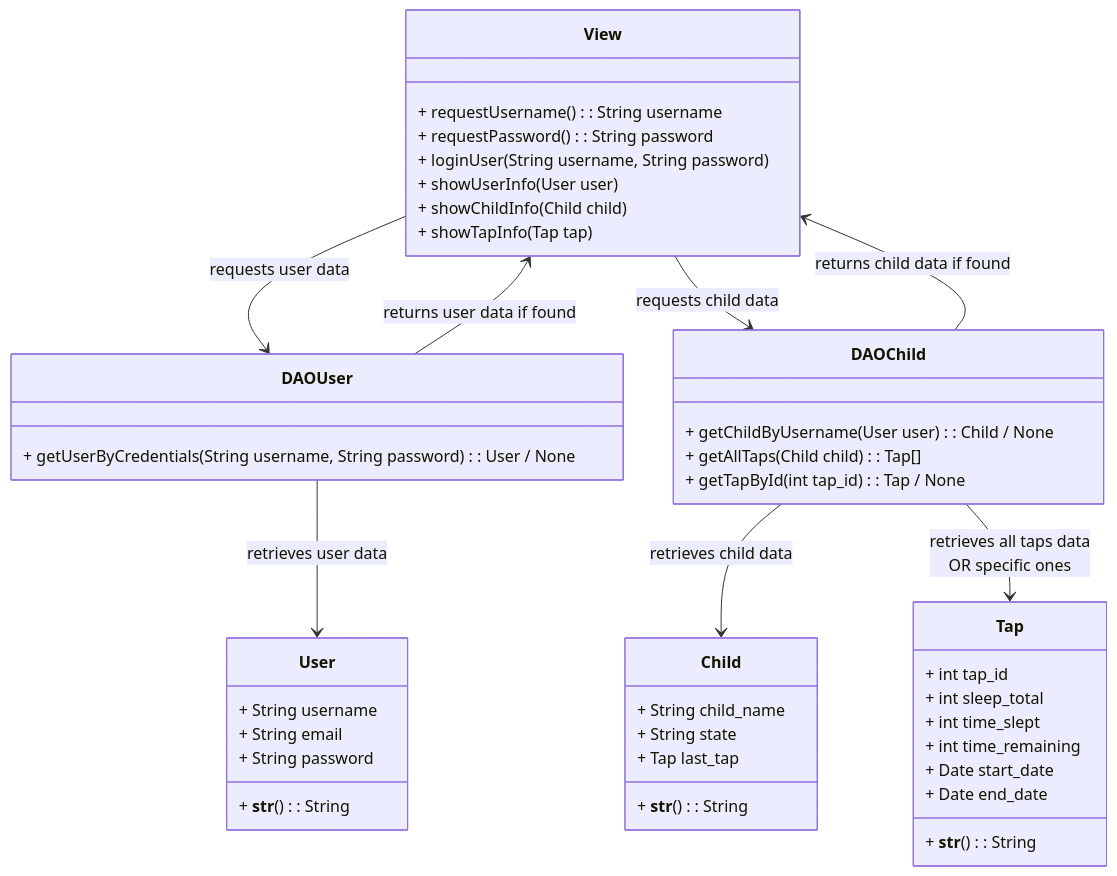
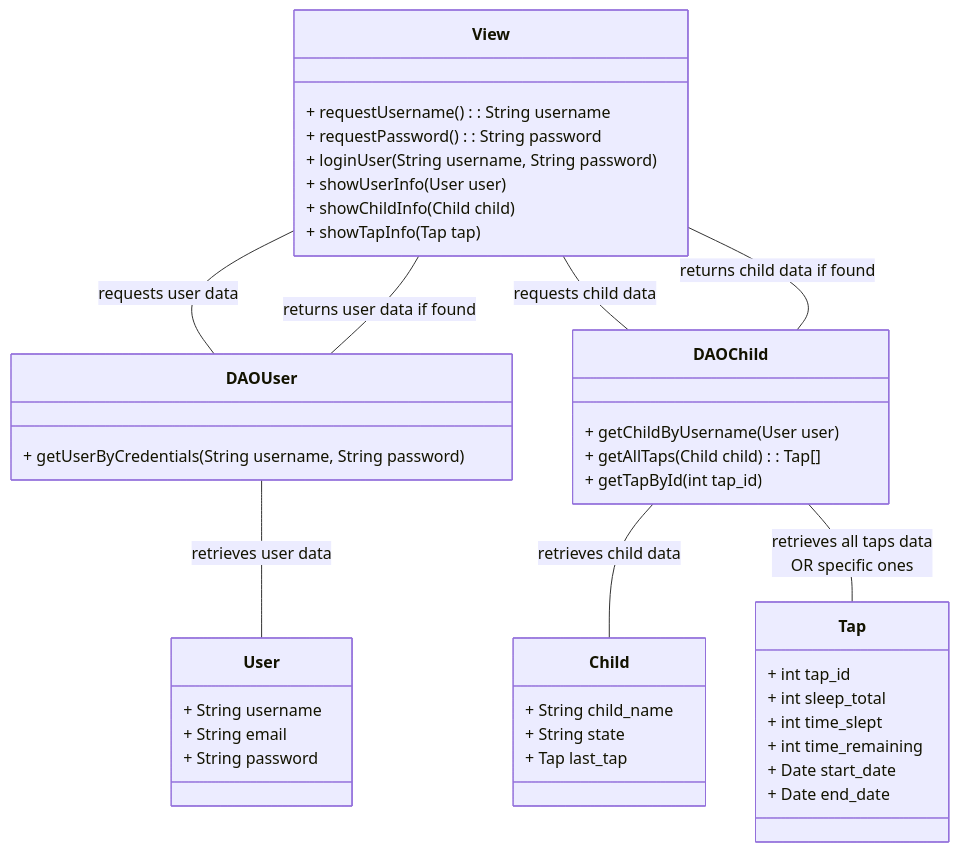
Before and after one commit to lauragrr1/tapatapp: the diagram in Prototip2/FrontEndP2.mmd, drawn with Mermaid.

```diff
--- a/Prototip2/FrontEndP2.mmd
+++ b/Prototip2/FrontEndP2.mmd
@@ -1,51 +1,47 @@
+---
+config:
+  theme: default
+  look: classic
+---
 classDiagram
     class View {
         + requestUsername(): String username
         + requestPassword(): String password
         + loginUser(String username, String password)
         + showUserInfo(User user)
         + showChildInfo(Child child)
         + showTapInfo(Tap tap)
     }
-
     class DAOUser {
-        + getUserByCredentials(String username, String password): User / None
+        + getUserByCredentials(String username, String password)
     }
-
     class User {
         + String username
         + String email
         + String password
-        + __str__(): String
     }
-
     class DAOChild {
-        + getChildByUsername(User user): Child / None
+        + getChildByUsername(User user)
         + getAllTaps(Child child): Tap[]
-        + getTapById(int tap_id): Tap / None
+        + getTapById(int tap_id)
     }
-
     class Child {
         + String child_name
         + String state
         + Tap last_tap
-        + __str__(): String
     }
-
     class Tap {
         + int tap_id
         + int sleep_total
         + int time_slept
         + int time_remaining
         + Date start_date
         + Date end_date
-        + __str__(): String
     }
-
-    View --> DAOUser: requests user data
-    DAOUser --> User: retrieves user data
-    DAOUser --> View: returns user data if found
-    View --> DAOChild: requests child data 
-    DAOChild --> Child: retrieves child data 
-    DAOChild --> View: returns child data if found
-    DAOChild --> Tap: retrieves all taps data <br> OR specific ones 
+    View -- DAOUser: requests user data
+    DAOUser -- User: retrieves user data
+    DAOUser -- View: returns user data if found
+    View -- DAOChild: requests child data 
+    DAOChild -- Child: retrieves child data 
+    DAOChild -- View: returns child data if found
+    DAOChild -- Tap: retrieves all taps data <br> OR specific ones
```
